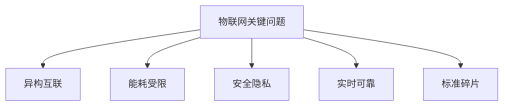
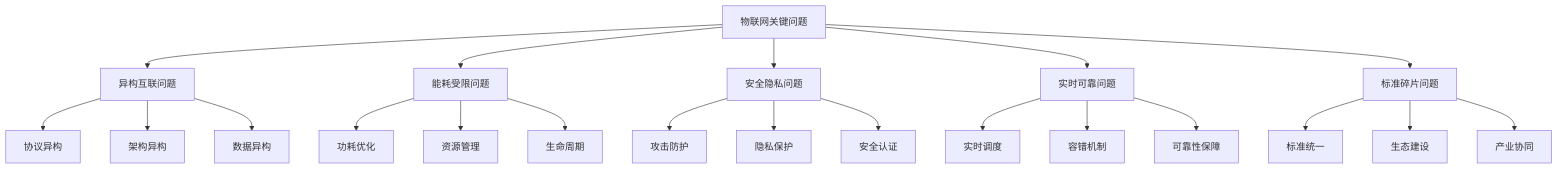
The first of 2 diagrams in 3.物联网嵌入式系统/3.1 知识梳理/3.1.4 关键问题与挑战.md (AdaMartin18010/SystemOSIOT), drawn with Mermaid before and after one commit. The commit also changed other lines of this file and 118 other files, not shown here.

````diff
--- a/3.物联网嵌入式系统/3.1 知识梳理/3.1.4 关键问题与挑战.md
+++ b/3.物联网嵌入式系统/3.1 知识梳理/3.1.4 关键问题与挑战.md
@@ -22,8 +323,28 @@
 ```mermaid
-graph TD;
-  Q[物联网关键问题] --> Q1[异构互联];
-  Q --> Q2[能耗受限];
-  Q --> Q3[安全隐私];
-  Q --> Q4[实时可靠];
-  Q --> Q5[标准碎片];
+graph TD
+    Q[物联网关键问题] --> Q1[异构互联问题]
+    Q --> Q2[能耗受限问题]
+    Q --> Q3[安全隐私问题]
+    Q --> Q4[实时可靠问题]
+    Q --> Q5[标准碎片问题]
+    
+    Q1 --> Q1_1[协议异构]
+    Q1 --> Q1_2[架构异构]
+    Q1 --> Q1_3[数据异构]
+    
+    Q2 --> Q2_1[功耗优化]
+    Q2 --> Q2_2[资源管理]
+    Q2 --> Q2_3[生命周期]
+    
+    Q3 --> Q3_1[攻击防护]
+    Q3 --> Q3_2[隐私保护]
+    Q3 --> Q3_3[安全认证]
+    
+    Q4 --> Q4_1[实时调度]
+    Q4 --> Q4_2[容错机制]
+    Q4 --> Q4_3[可靠性保障]
+    
+    Q5 --> Q5_1[标准统一]
+    Q5 --> Q5_2[生态建设]
+    Q5 --> Q5_3[产业协同]
 ```
````
